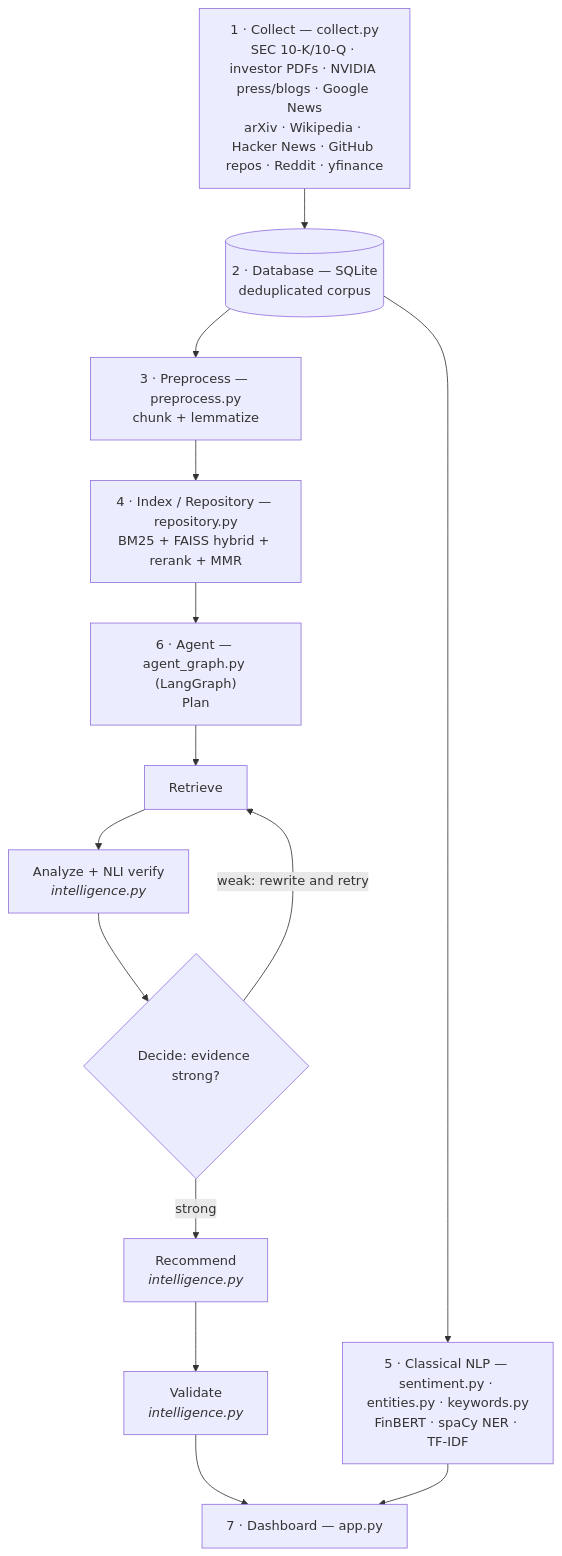
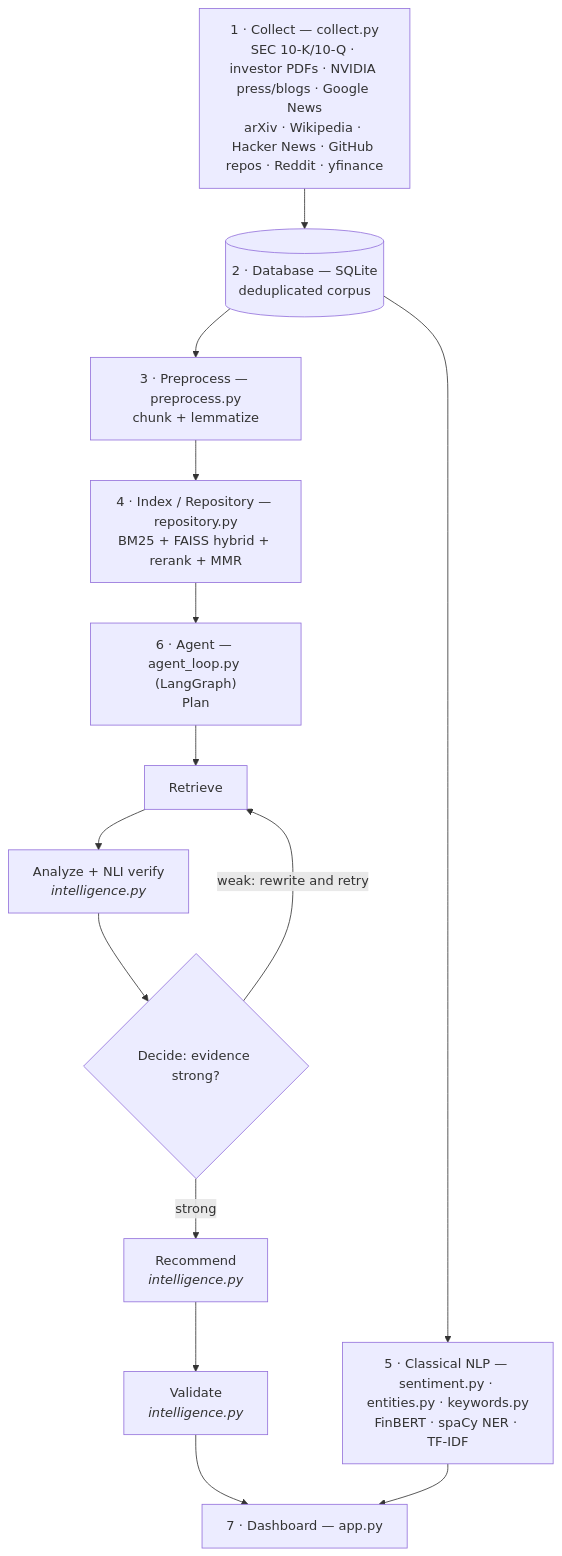
Before and after one commit to AnushkaSDBI/NVIDIA-CEO-AGENT: the diagram in README.md, drawn with Mermaid. The commit also changed other lines of this file and 3 other files, not shown here.

````diff
--- a/README.md
+++ b/README.md
@@ -101,19 +101,19 @@
 ```mermaid
 flowchart TD
     SRC["1 · Collect — collect.py<br/>SEC 10-K/10-Q · investor PDFs · NVIDIA press/blogs · Google News<br/>arXiv · Wikipedia · Hacker News · GitHub repos · Reddit · yfinance"]
     SRC --> DB[("2 · Database — SQLite<br/>deduplicated corpus")]
     DB --> PRE["3 · Preprocess — preprocess.py<br/>chunk + lemmatize"]
     PRE --> IDX["4 · Index / Repository — repository.py<br/>BM25 + FAISS hybrid + rerank + MMR"]
     DB --> NLP["5 · Classical NLP — sentiment.py · entities.py · keywords.py<br/>FinBERT · spaCy NER · TF-IDF"]
 
-    IDX --> PLAN["6 · Agent — agent_graph.py (LangGraph)<br/>Plan"]
+    IDX --> PLAN["6 · Agent — agent_loop.py (LangGraph)<br/>Plan"]
     PLAN --> RET["Retrieve"]
     RET --> ANA["Analyze + NLI verify<br/><i>intelligence.py</i>"]
     ANA --> DEC{"Decide: evidence strong?"}
     DEC -->|weak: rewrite and retry| RET
     DEC -->|strong| REC["Recommend<br/><i>intelligence.py</i>"]
     REC --> VAL["Validate<br/><i>intelligence.py</i>"]
 
     VAL --> APP["7 · Dashboard — app.py"]
     NLP --> APP
 ```
````
